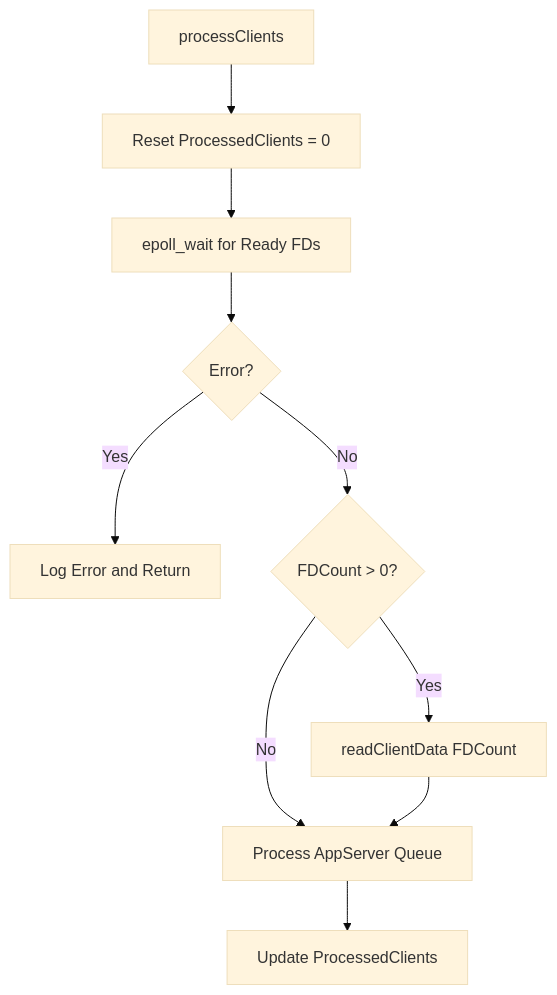
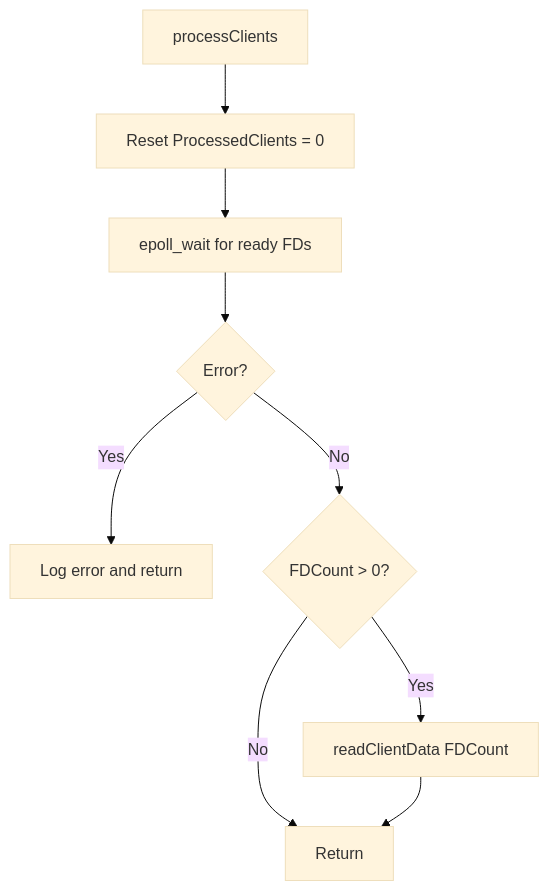
The fourth of 11 diagrams in doc/Graphical-Workflows.rst (WEBcodeX1/http-1.2), drawn with Mermaid (base theme) before and after one commit. The commit also changed other lines of this file and 22 other files, not shown here.

Commit message:
Refresh docs for current architecture

```diff
--- a/doc/Graphical-Workflows.rst
+++ b/doc/Graphical-Workflows.rst
@@ -74,12 +56,11 @@
 .. mermaid::
 
     flowchart TD;
     A[processClients] --> B[Reset ProcessedClients = 0];
-    B --> C[epoll_wait for Ready FDs];
+    B --> C[epoll_wait for ready FDs];
     C --> D{Error?};
-    D -->|Yes| E[Log Error and Return];
+    D -->|Yes| E[Log error and return];
     D -->|No| F{FDCount > 0?};
     F -->|Yes| G[readClientData FDCount];
-    F -->|No| H[Process AppServer Queue];
+    F -->|No| H[Return];
     G --> H;
-    H --> I[Update ProcessedClients];
```
